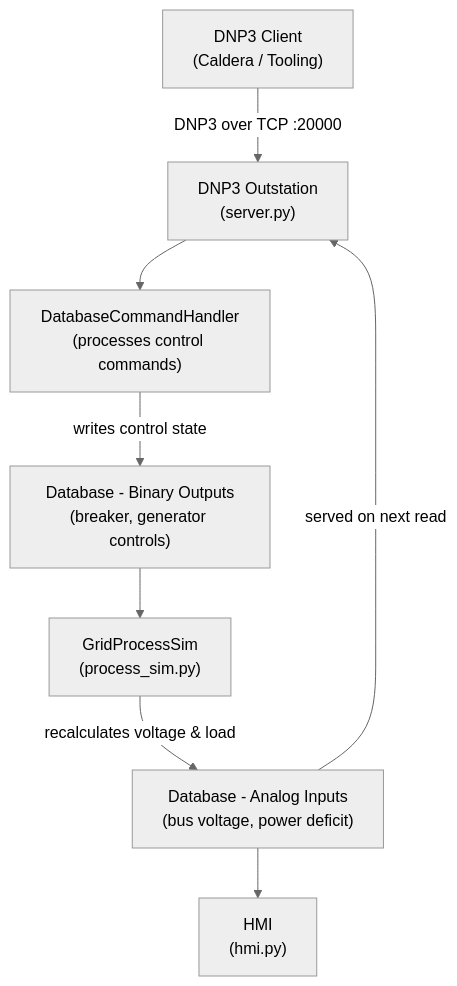
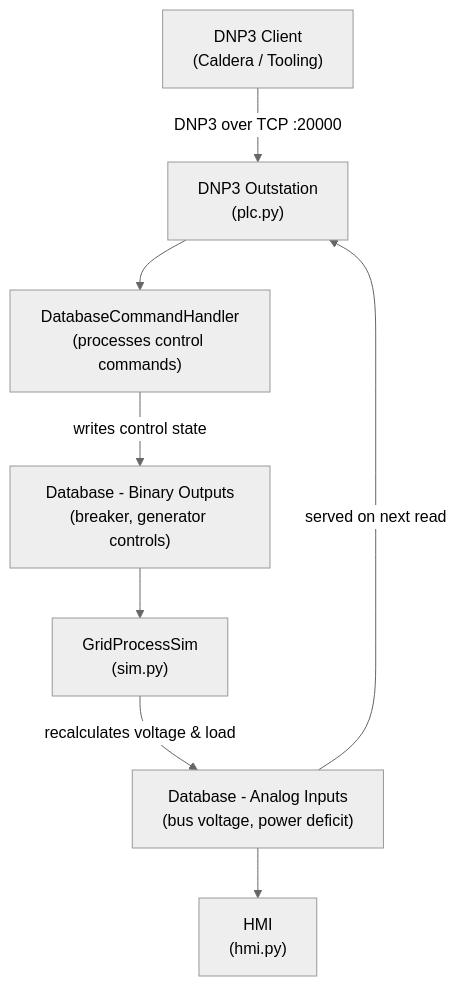
Before and after one commit to mitre/grid-watch: the diagram in docs/architecture/architecture.md, drawn with Mermaid (neutral theme). The commit also changed 27 other files, not shown here.

Commit message:
chore: split dnp3-sim into a simulator package

````diff
--- a/docs/architecture/architecture.md
+++ b/docs/architecture/architecture.md
@@ -5,18 +5,18 @@
 ```mermaid
 flowchart TD
     A["DNP3 Client\n(Caldera / Tooling)"]
-    B["DNP3 Outstation\n(server.py)"]
+    B["DNP3 Outstation\n(plc.py)"]
     C["DatabaseCommandHandler\n(processes control commands)"]
     D["Database - Binary Outputs\n(breaker, generator controls)"]
-    E["GridProcessSim\n(process_sim.py)"]
+    E["GridProcessSim\n(sim.py)"]
     F["Database - Analog Inputs\n(bus voltage, power deficit)"]
     G["HMI\n(hmi.py)"]
 
     A -->|"DNP3 over TCP :20000"| B
     B --> C
     C -->|"writes control state"| D
     D --> E
     E -->|"recalculates voltage & load"| F
     F -->|"served on next read"| B
     F --> G
 ```
````
